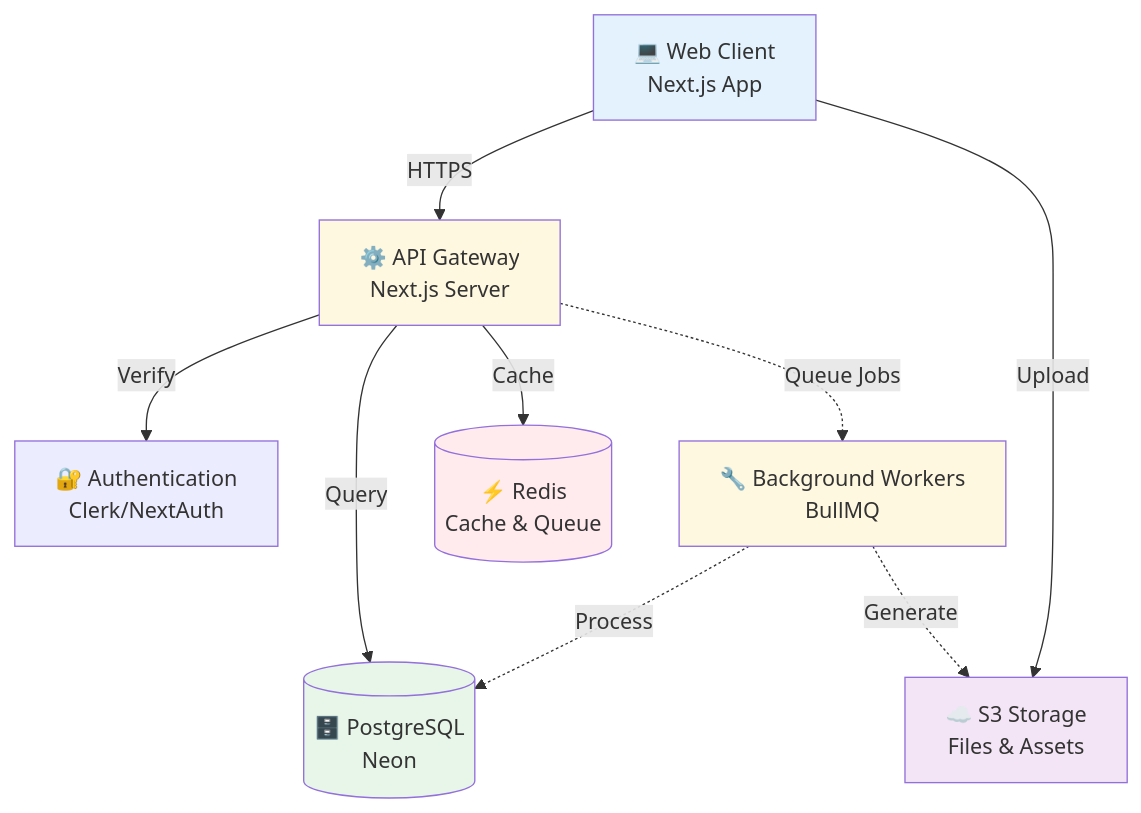
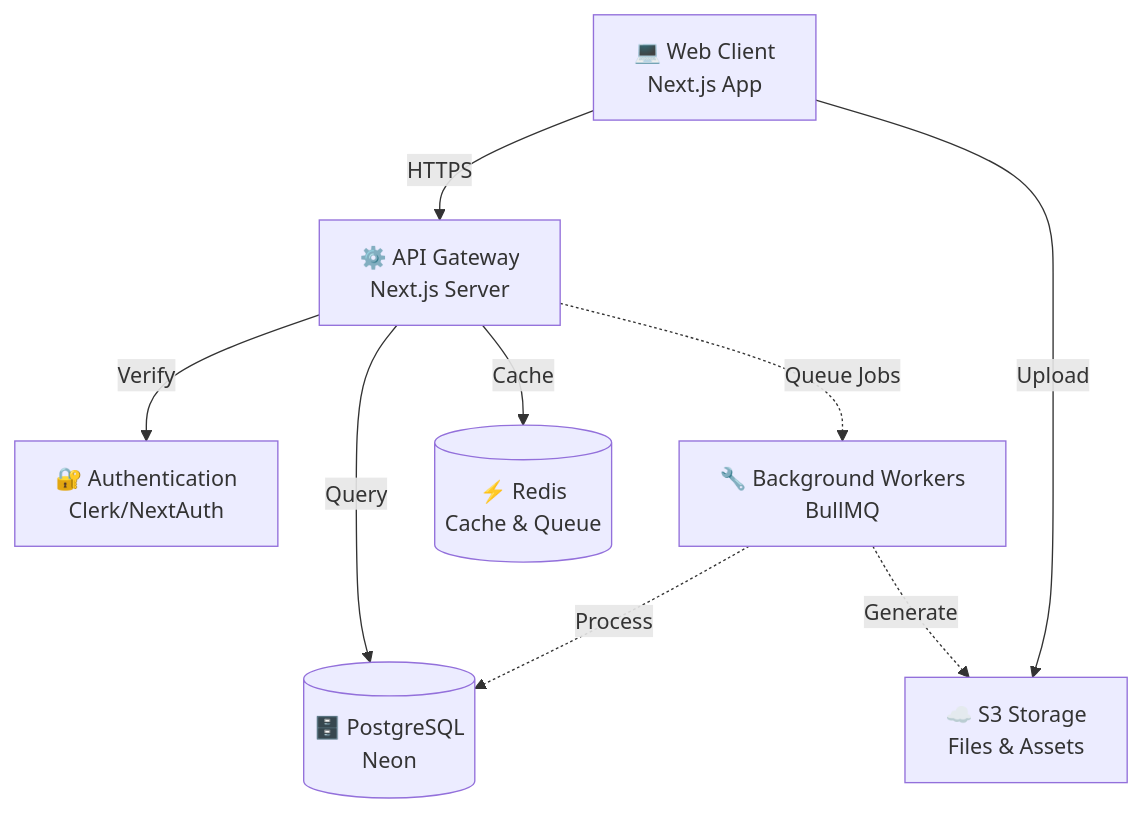
Before and after one commit to juna0704/Trading_Journal_v1: the diagram in SDD.md, drawn with Mermaid.

Commit message:
remove styles in sdd

````diff
--- a/SDD.md
+++ b/SDD.md
@@ -52,26 +52,21 @@
 ```mermaid
 graph TB
     Client[💻 Web Client<br/>Next.js App]
     Server[⚙️ API Gateway<br/>Next.js Server]
     Auth[🔐 Authentication<br/>Clerk/NextAuth]
     DB[(🗄️ PostgreSQL<br/>Neon)]
     Redis[(⚡ Redis<br/>Cache & Queue)]
     Storage[☁️ S3 Storage<br/>Files & Assets]
     Worker[🔧 Background Workers<br/>BullMQ]
     
     Client -->|HTTPS| Server
     Server -->|Verify| Auth
     Server -->|Query| DB
     Server -->|Cache| Redis
     Server -.->|Queue Jobs| Worker
     Worker -.->|Process| DB
     Client -->|Upload| Storage
     Worker -.->|Generate| Storage
     
-    style Client fill:#e3f2fd
-    style Server fill:#fff8e1
-    style DB fill:#e8f5e9
-    style Redis fill:#ffebee
-    style Storage fill:#f3e5f5
-    style Worker fill:#fff8e1
+    
 ```
````
